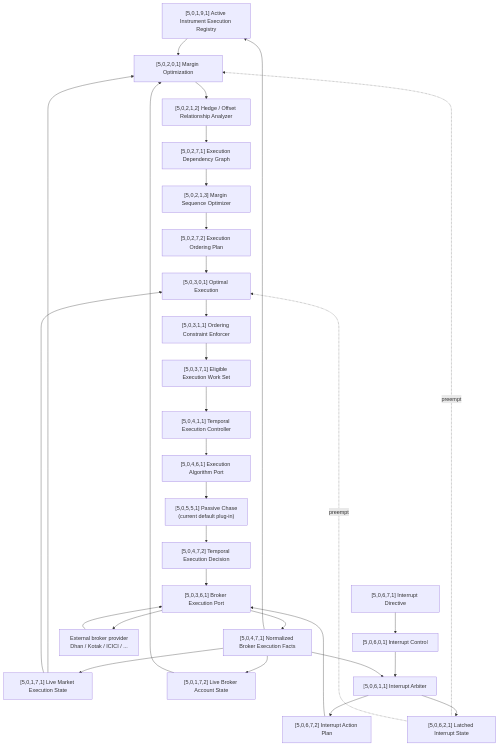
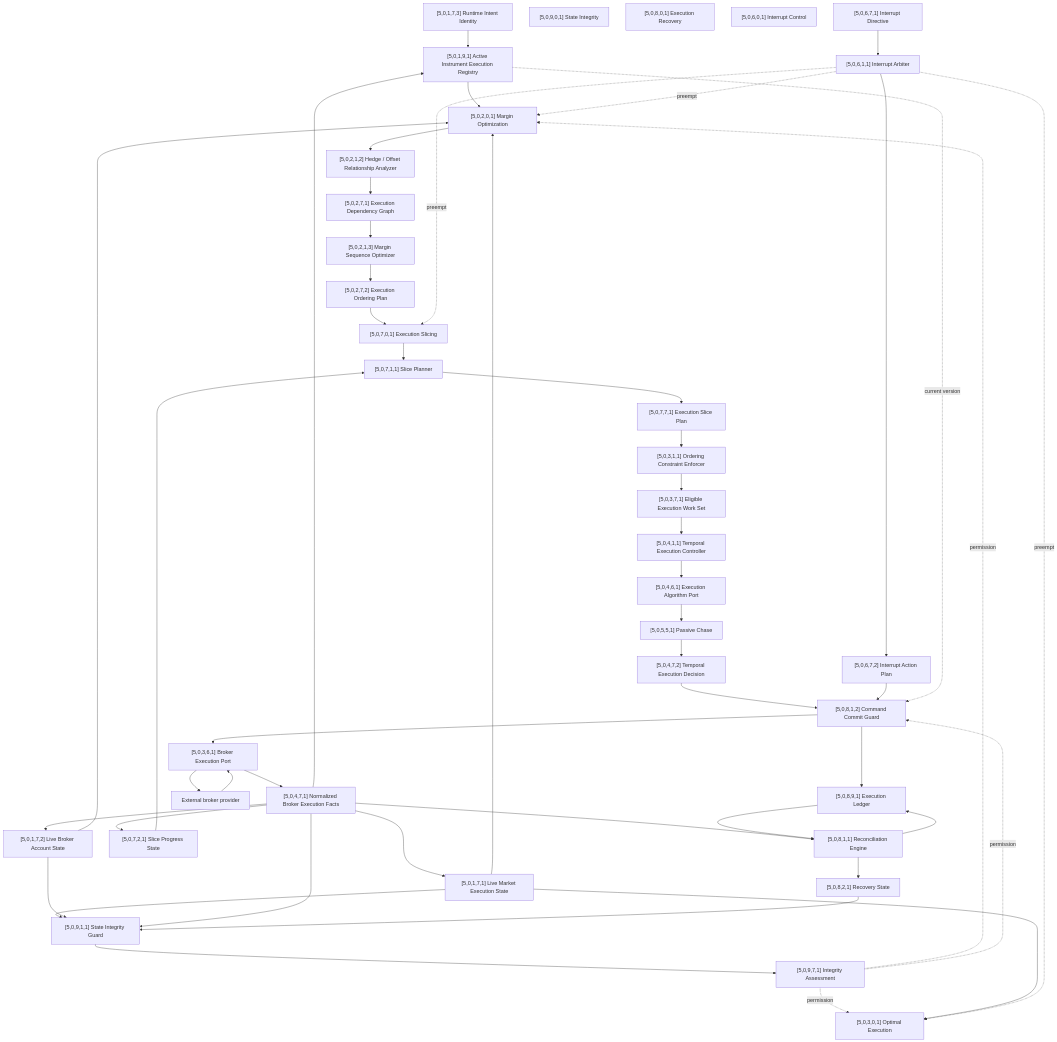
One commit to ayyararyan/volarb changed the diagram in docs/workflows/internal-execution.md. Above: the diagram before and after it, drawn with Mermaid. The commit also changed other lines of this file, not shown here.

Commit message:
Integrate slicing recovery versioning and integrity

```diff
--- a/docs/workflows/internal-execution.md
+++ b/docs/workflows/internal-execution.md
@@ -16,8 +53,13 @@
 ~~~mermaid
 flowchart TD
     R["[5,0,1,9,1] Active Instrument Execution Registry"]
+    RI["[5,0,1,7,3] Runtime Intent Identity"]
     M["[5,0,1,7,1] Live Market Execution State"]
     A["[5,0,1,7,2] Live Broker Account State"]
+
+    SI["[5,0,9,0,1] State Integrity"]
+    SIG["[5,0,9,1,1] State Integrity Guard"]
+    SIA["[5,0,9,7,1] Integrity Assessment"]
 
     MO["[5,0,2,0,1] Margin Optimization"]
     H["[5,0,2,1,2] Hedge / Offset Relationship Analyzer"]
@@ -25,44 +67,76 @@
     S["[5,0,2,1,3] Margin Sequence Optimizer"]
     Q["[5,0,2,7,2] Execution Ordering Plan"]
 
+    SL["[5,0,7,0,1] Execution Slicing"]
+    SP["[5,0,7,1,1] Slice Planner"]
+    SLP["[5,0,7,7,1] Execution Slice Plan"]
+    SPS["[5,0,7,2,1] Slice Progress State"]
+
     OE["[5,0,3,0,1] Optimal Execution"]
     G["[5,0,3,1,1] Ordering Constraint Enforcer"]
     W["[5,0,3,7,1] Eligible Execution Work Set"]
     C["[5,0,4,1,1] Temporal Execution Controller"]
     P["[5,0,4,6,1] Execution Algorithm Port"]
-    X["[5,0,5,5,1] Passive Chase\n(current default plug-in)"]
+    X["[5,0,5,5,1] Passive Chase"]
     O["[5,0,4,7,2] Temporal Execution Decision"]
+
+    ER["[5,0,8,0,1] Execution Recovery"]
+    CG["[5,0,8,1,2] Command Commit Guard"]
+    L["[5,0,8,9,1] Execution Ledger"]
+    RE["[5,0,8,1,1] Reconciliation Engine"]
+    RS["[5,0,8,2,1] Recovery State"]
 
     IC["[5,0,6,0,1] Interrupt Control"]
     ID["[5,0,6,7,1] Interrupt Directive"]
     IA["[5,0,6,1,1] Interrupt Arbiter"]
-    IS["[5,0,6,2,1] Latched Interrupt State"]
     IP["[5,0,6,7,2] Interrupt Action Plan"]
 
     B["[5,0,3,6,1] Broker Execution Port"]
     F["[5,0,4,7,1] Normalized Broker Execution Facts"]
-    E["External broker provider\nDhan / Kotak / ICICI / ..."]
+    E["External broker provider"]
 
+    RI --> R
     R --> MO
+    M --> SIG
+    A --> SIG
+    F --> SIG
+    RS --> SIG
+    SIG --> SIA
+    SIA -. permission .-> MO
+    SIA -. permission .-> OE
+    SIA -. permission .-> CG
+
     M --> MO
     A --> MO
     MO --> H --> D --> S --> Q
+    Q --> SL --> SP --> SLP
+    F --> SPS
+    SPS --> SP
 
-    Q --> OE
+    SLP --> G --> W --> C --> P --> X --> O
     M --> OE
-    OE --> G --> W --> C --> P --> X --> O --> B
 
-    ID --> IC --> IA
-    IA --> IS
-    IA --> IP --> B
-    IS -. preempt .-> MO
-    IS -. preempt .-> OE
-    F --> IA
+    O --> CG
+    ID --> IA --> IP --> CG
+
+    R -. current version .-> CG
+    CG --> L
+    CG --> B
 
     B --> E
     E --> B
     B --> F
+
+    F --> RE
+    L --> RE
+    RE --> L
+    RE --> RS
+
     F --> R
     F --> M
     F --> A
+
+    IA -. preempt .-> MO
+    IA -. preempt .-> SL
+    IA -. preempt .-> OE
 ~~~
```
